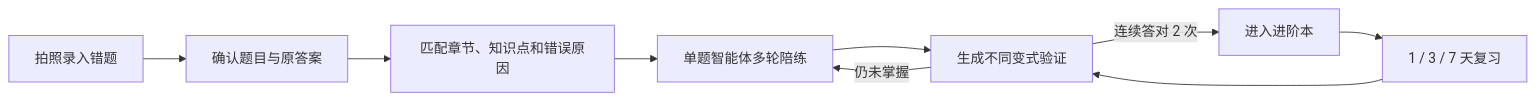
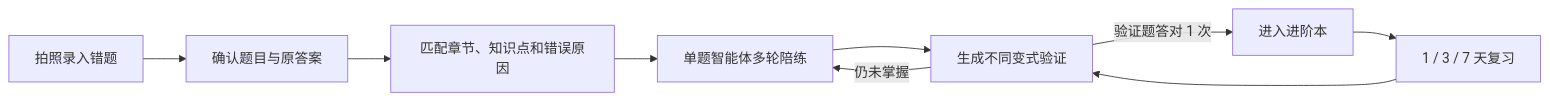
Before and after one commit to ningkaikok/dotty-tutor: the first of 2 diagrams in docs/mistake-coach-plan.md, drawn with Mermaid. The commit also changed other lines of this file and 16 other files, not shown here.

````diff
--- a/docs/mistake-coach-plan.md
+++ b/docs/mistake-coach-plan.md
@@ -26,11 +26,11 @@
 ```mermaid
 flowchart LR
   Capture["拍照录入错题"] --> Confirm["确认题目与原答案"]
   Confirm --> Classify["匹配章节、知识点和错误原因"]
   Classify --> Tutor["单题智能体多轮陪练"]
   Tutor --> Verify["生成不同变式验证"]
-  Verify -->|"连续答对 2 次"| Mastered["进入进阶本"]
+  Verify -->|"验证题答对 1 次"| Mastered["进入进阶本"]
   Verify -->|"仍未掌握"| Tutor
   Mastered --> Review["1 / 3 / 7 天复习"]
   Review --> Verify
 ```
````
